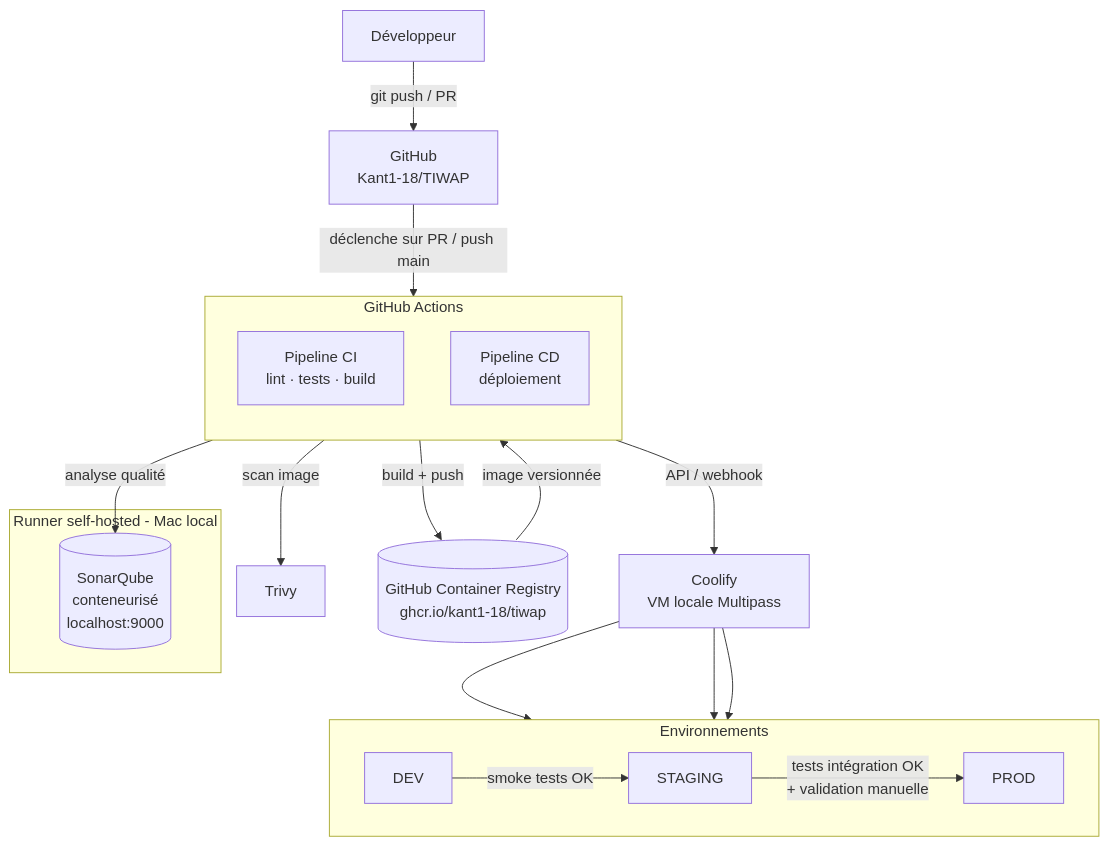
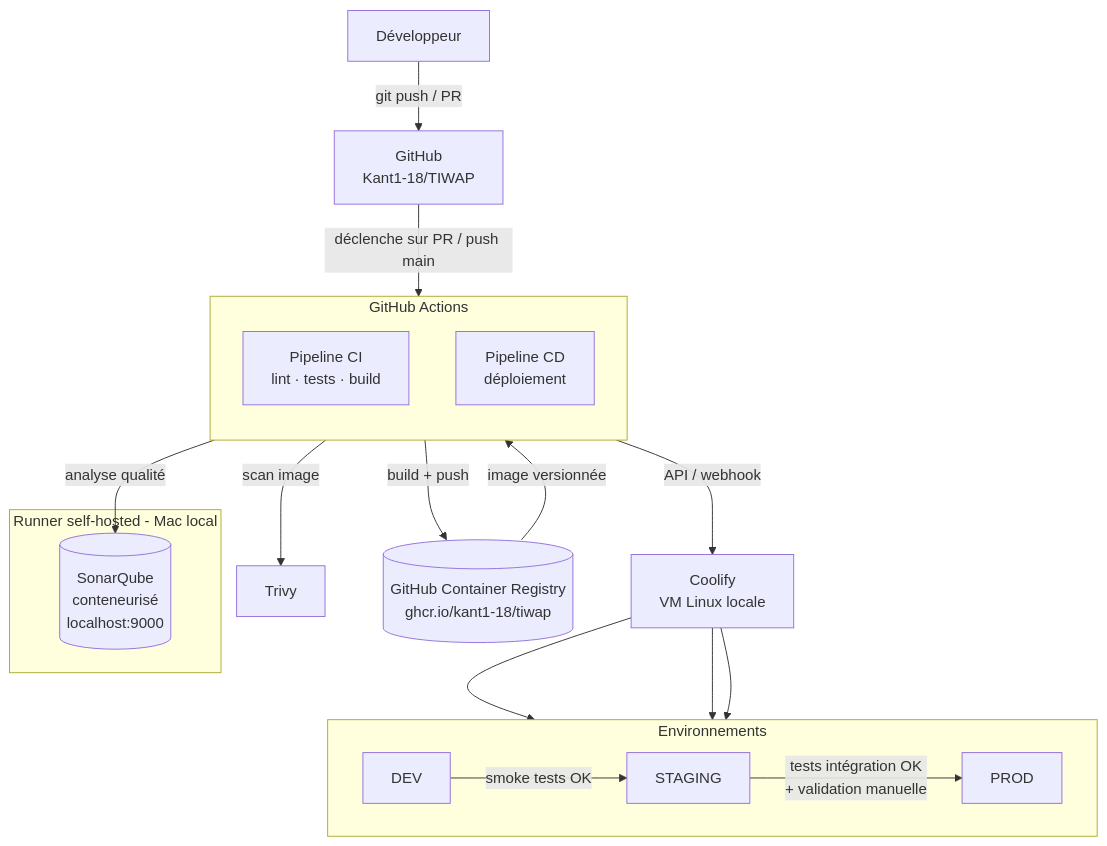
The diagram in docs/architecture.md (Kant1-18/TIWAP), drawn with Mermaid before and after one commit. The commit also changed other lines of this file and 4 other files, not shown here.

````diff
--- a/docs/architecture.md
+++ b/docs/architecture.md
@@ -15,37 +15,37 @@
 ```mermaid
 flowchart TD
     Dev[Développeur] -->|git push / PR| GH[GitHub<br/>Kant1-18/TIWAP]
 
     subgraph GHA[GitHub Actions]
         direction TB
         CI[Pipeline CI<br/>lint · tests · build]
         CD[Pipeline CD<br/>déploiement]
     end
 
     GH -->|déclenche sur PR / push main| CI
 
     subgraph Runner[Runner self-hosted - Mac local]
         Sonar[(SonarQube<br/>conteneurisé<br/>localhost:9000)]
     end
 
     CI -->|analyse qualité| Sonar
     CI -->|scan image| Trivy[Trivy]
     CI -->|build + push| GHCR[(GitHub Container Registry<br/>ghcr.io/kant1-18/tiwap)]
 
     GHCR -->|image versionnée| CD
-    CD -->|API / webhook| Coolify[Coolify<br/>VM locale Multipass]
+    CD -->|API / webhook| Coolify[Coolify<br/>VM Linux locale]
 
     subgraph Environnements
         direction LR
         DEV[DEV]
         STAGING[STAGING]
         PROD[PROD]
     end
 
     Coolify --> DEV
     Coolify --> STAGING
     Coolify --> PROD
 
     DEV -->|smoke tests OK| STAGING
     STAGING -->|tests intégration OK<br/>+ validation manuelle| PROD
 ```
````
